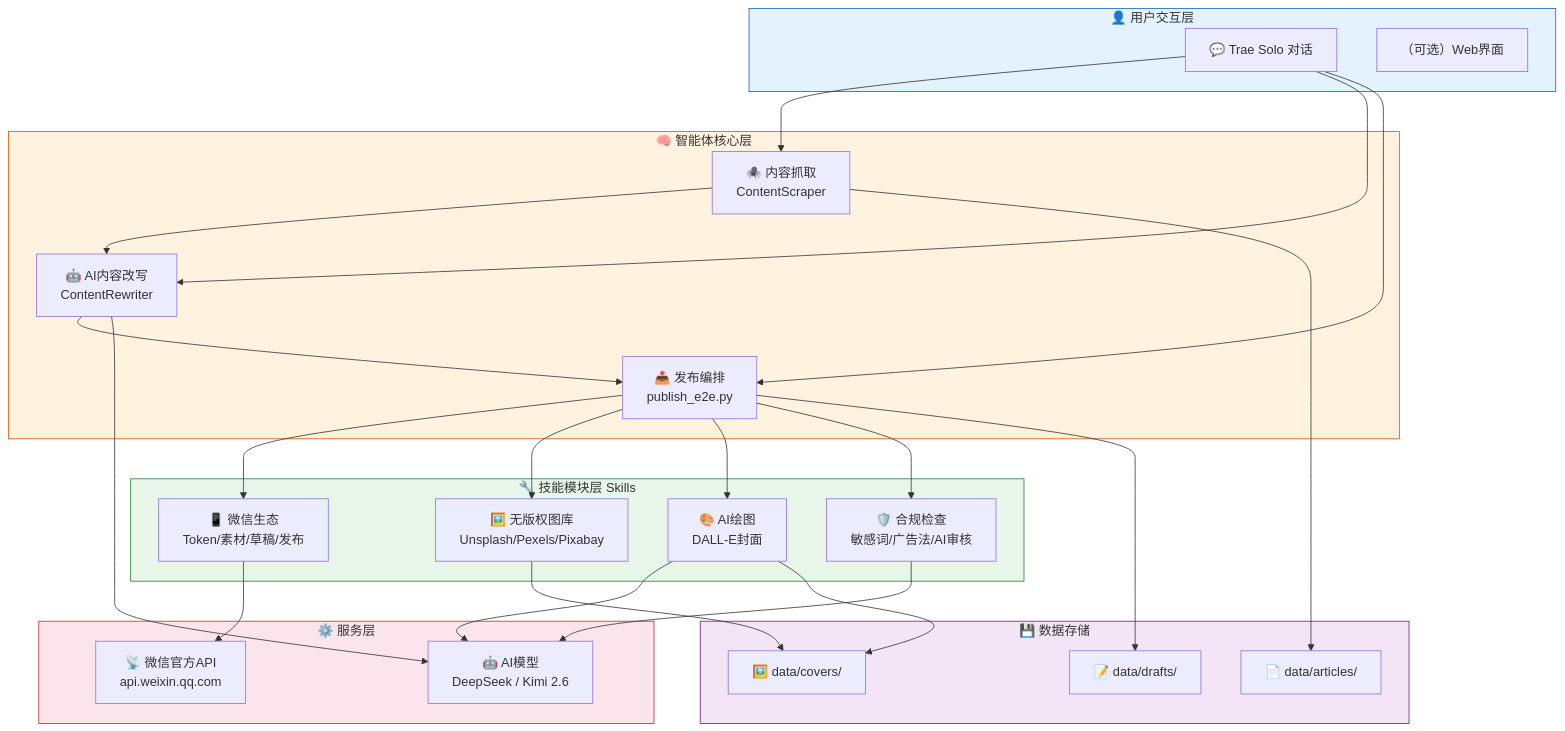
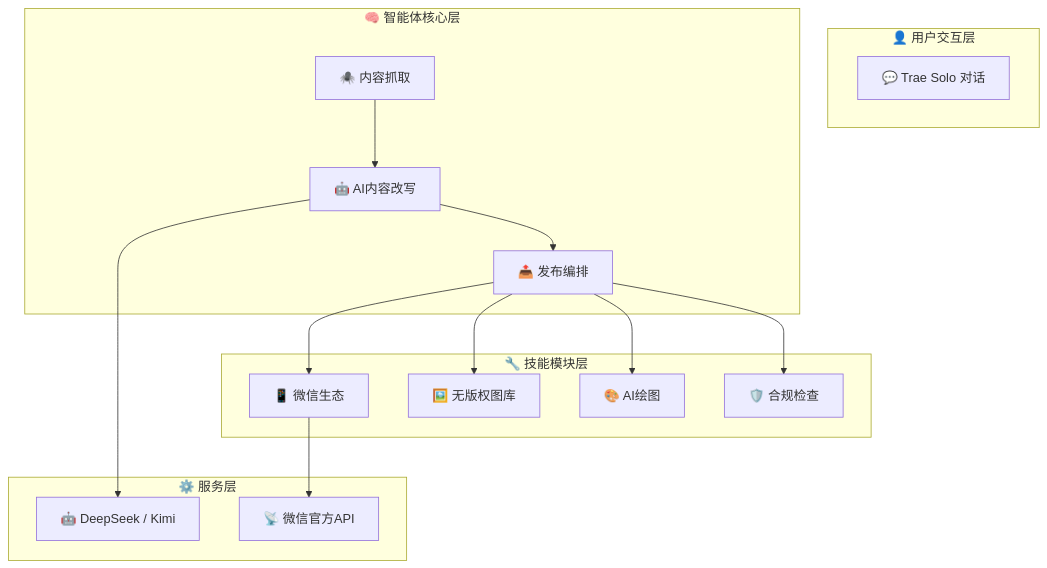
Before and after one commit to sankalami2025lll-debug/wechat-auto-publisher: the diagram in docs/tutorial.md, drawn with Mermaid. The commit also changed other lines of this file and 6 other files, not shown here.

````diff
--- a/docs/tutorial.md
+++ b/docs/tutorial.md
@@ -253,55 +34,19 @@
 ```mermaid
 graph TB
     subgraph 用户层["👤 用户交互层"]
         CLI["💬 Trae Solo 对话"]
-        Web["（可选）Web界面"]
     end
-
     subgraph 智能体核心["🧠 智能体核心层"]
-        Scraper["🕷️ 内容抓取<br/>ContentScraper"]
-        Rewriter["🤖 AI内容改写<br/>ContentRewriter"]
-        Publisher["📤 发布编排<br/>publish_e2e.py"]
+        Scraper["🕷️ 内容抓取"] --> Rewriter["🤖 AI内容改写"]
+        Rewriter --> Publisher["📤 发布编排"]
     end
-
-    subgraph 技能层["🔧 技能模块层 Skills"]
-        WeChat["📱 微信生态<br/>Token/素材/草稿/发布"]
-        Images["🖼️ 无版权图库<br/>Unsplash/Pexels/Pixabay"]
-        Drawing["🎨 AI绘图<br/>DALL-E封面"]
-        Compliance["🛡️ 合规检查<br/>敏感词/广告法/AI审核"]
+    subgraph 技能层["🔧 技能模块层"]
+        WeChat["📱 微信生态"] & Images["🖼️ 无版权图库"] & Drawing["🎨 AI绘图"] & Compliance["🛡️ 合规检查"]
     end
-
     subgraph 服务层["⚙️ 服务层"]
-        AI["🤖 AI模型<br/>DeepSeek / Kimi 2.6"]
-        WeChatAPI["📡 微信官方API<br/>api.weixin.qq.com"]
+        AI["🤖 DeepSeek / Kimi"] & WeChatAPI["📡 微信官方API"]
     end
-
-    subgraph 存储层["💾 数据存储"]
-        Articles["📄 data/articles/"]
-        Covers["🖼️ data/covers/"]
-        Drafts["📝 data/drafts/"]
-    end
-
-    CLI --> Scraper
-    CLI --> Rewriter
-    CLI --> Publisher
-    Scraper --> Rewriter
-    Rewriter --> Publisher
-    Publisher --> WeChat
-    Publisher --> Images
-    Publisher --> Drawing
-    Publisher --> Compliance
+    Publisher --> WeChat & Images & Drawing & Compliance
     WeChat --> WeChatAPI
     Rewriter --> AI
-    Compliance --> AI
-    Drawing --> AI
-    Scraper --> Articles
-    Images --> Covers
-    Drawing --> Covers
-    Publisher --> Drafts
-
-    style 用户层 fill:#e3f2fd,stroke:#1565C0
-    style 智能体核心 fill:#fff3e0,stroke:#E65100
-    style 技能层 fill:#e8f5e9,stroke:#2E7D32
-    style 服务层 fill:#fce4ec,stroke:#C62828
-    style 存储层 fill:#f3e5f5,stroke:#6A1B9A
 ```
````
